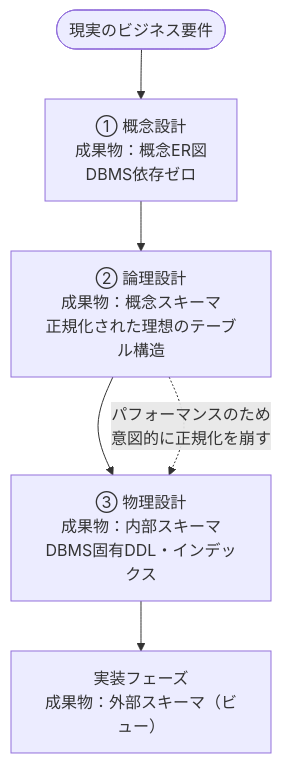
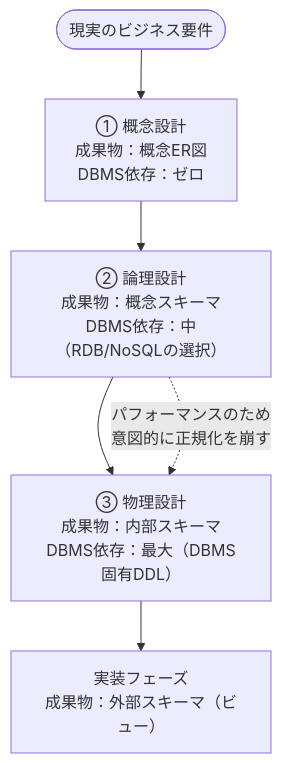
One commit to Bassiy/share_knowledge changed the diagram in concepts/db_design.md. Above: the diagram before and after it, drawn with Mermaid. The commit also changed other lines of this file, not shown here.

````diff
--- a/concepts/db_design.md
+++ b/concepts/db_design.md
@@ -8,10 +8,10 @@
 ```mermaid
 flowchart TD
     Start([現実のビジネス要件])
-    --> A["① 概念設計\n成果物：概念ER図\nDBMS依存ゼロ"]
-    --> B["② 論理設計\n成果物：概念スキーマ\n正規化された理想のテーブル構造"]
-    --> C["③ 物理設計\n成果物：内部スキーマ\nDBMS固有DDL・インデックス"]
+    --> A["① 概念設計\n成果物：概念ER図\nDBMS依存：ゼロ"]
+    --> B["② 論理設計\n成果物：概念スキーマ\nDBMS依存：中（RDB/NoSQLの選択）"]
+    --> C["③ 物理設計\n成果物：内部スキーマ\nDBMS依存：最大（DBMS固有DDL）"]
     --> D["実装フェーズ\n成果物：外部スキーマ（ビュー）"]
 
     B -.->|"パフォーマンスのため\n意図的に正規化を崩す"| C
 ```
````
